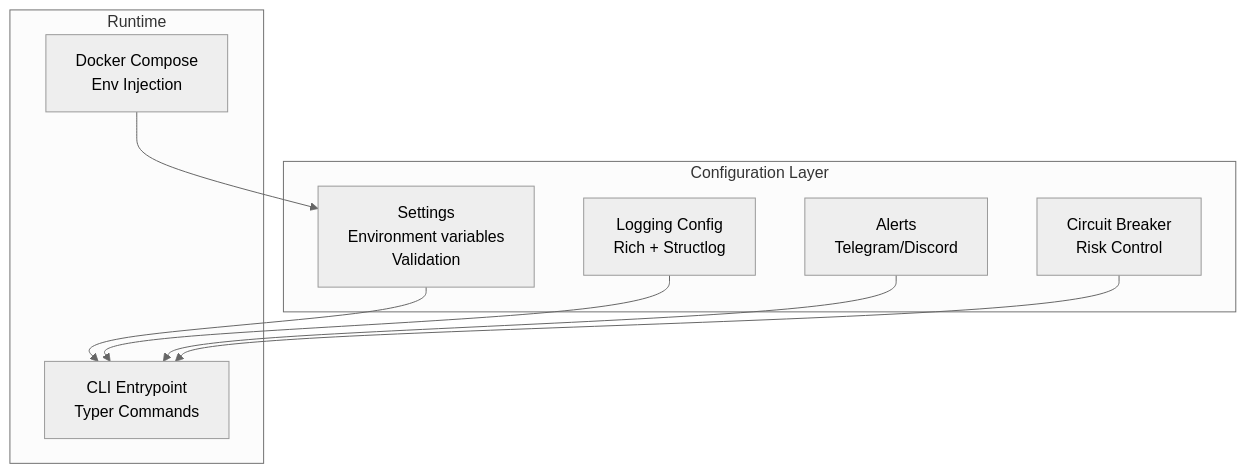
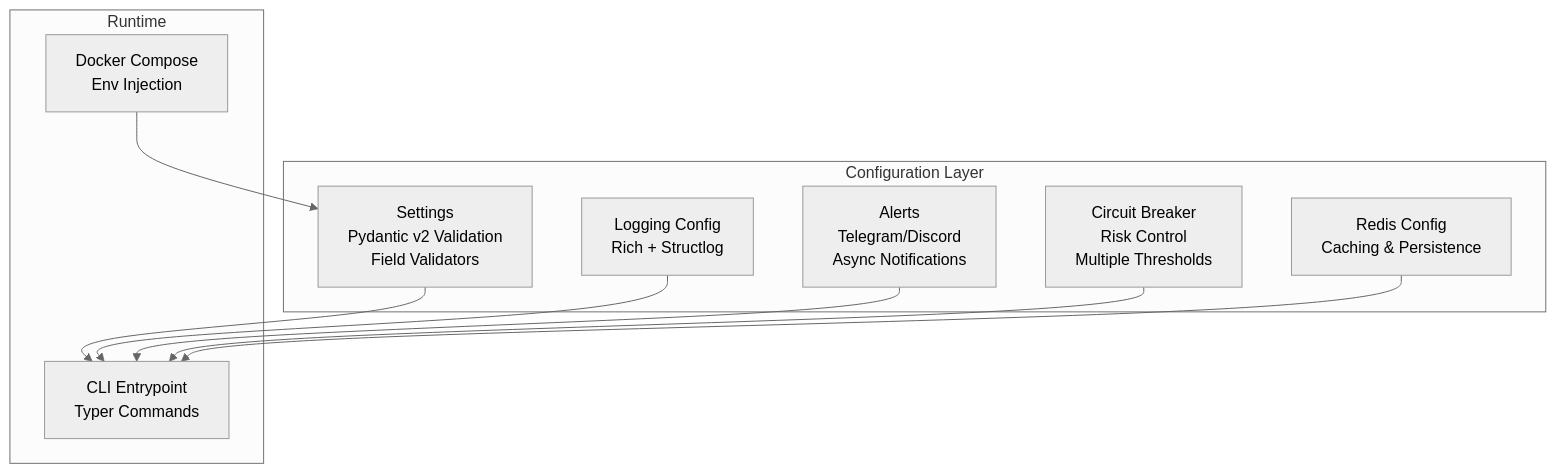
The first of 5 diagrams in .qoder/repowiki/en/content/Configuration Management/Configuration Management.md (cavraeg-eng/Trading-App), drawn with Mermaid (neutral theme) before and after one commit. The commit also changed other lines of this file and 50 other files, not shown here.

````diff
--- a/.qoder/repowiki/en/content/Configuration Management/Configuration Management.md
+++ b/.qoder/repowiki/en/content/Configuration Management/Configuration Management.md
@@ -35,18 +45,20 @@
 ```mermaid
 graph TB
 subgraph "Configuration Layer"
-Settings["Settings<br/>Environment variables<br/>Validation"]
+Settings["Settings<br/>Pydantic v2 Validation<br/>Field Validators"]
 Logging["Logging Config<br/>Rich + Structlog"]
-Alerts["Alerts<br/>Telegram/Discord"]
-CB["Circuit Breaker<br/>Risk Control"]
+Alerts["Alerts<br/>Telegram/Discord<br/>Async Notifications"]
+CB["Circuit Breaker<br/>Risk Control<br/>Multiple Thresholds"]
+Redis["Redis Config<br/>Caching & Persistence"]
 end
 subgraph "Runtime"
 Main["CLI Entrypoint<br/>Typer Commands"]
 Docker["Docker Compose<br/>Env Injection"]
 end
 Settings --> Main
 Logging --> Main
 Alerts --> Main
 CB --> Main
+Redis --> Main
 Docker --> Settings
 ```
````
